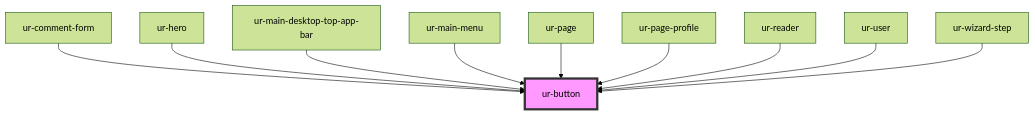
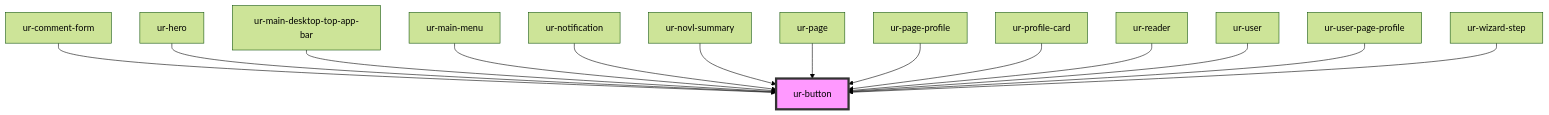
The diagram in src/components/ur-button/readme.md (hellish/urnovl-web-components), drawn with Mermaid (forest theme) before and after one commit. The commit also changed other lines of this file and 47 other files, not shown here.

First line of the commit message:
Novl summary (#181)

````diff
--- a/src/components/ur-button/readme.md
+++ b/src/components/ur-button/readme.md
@@ -38,13 +42,17 @@
 ```mermaid
 graph TD;
   ur-comment-form --> ur-button
   ur-hero --> ur-button
   ur-main-desktop-top-app-bar --> ur-button
   ur-main-menu --> ur-button
+  ur-notification --> ur-button
+  ur-novl-summary --> ur-button
   ur-page --> ur-button
   ur-page-profile --> ur-button
+  ur-profile-card --> ur-button
   ur-reader --> ur-button
   ur-user --> ur-button
+  ur-user-page-profile --> ur-button
   ur-wizard-step --> ur-button
   style ur-button fill:#f9f,stroke:#333,stroke-width:4px
 ```
````
